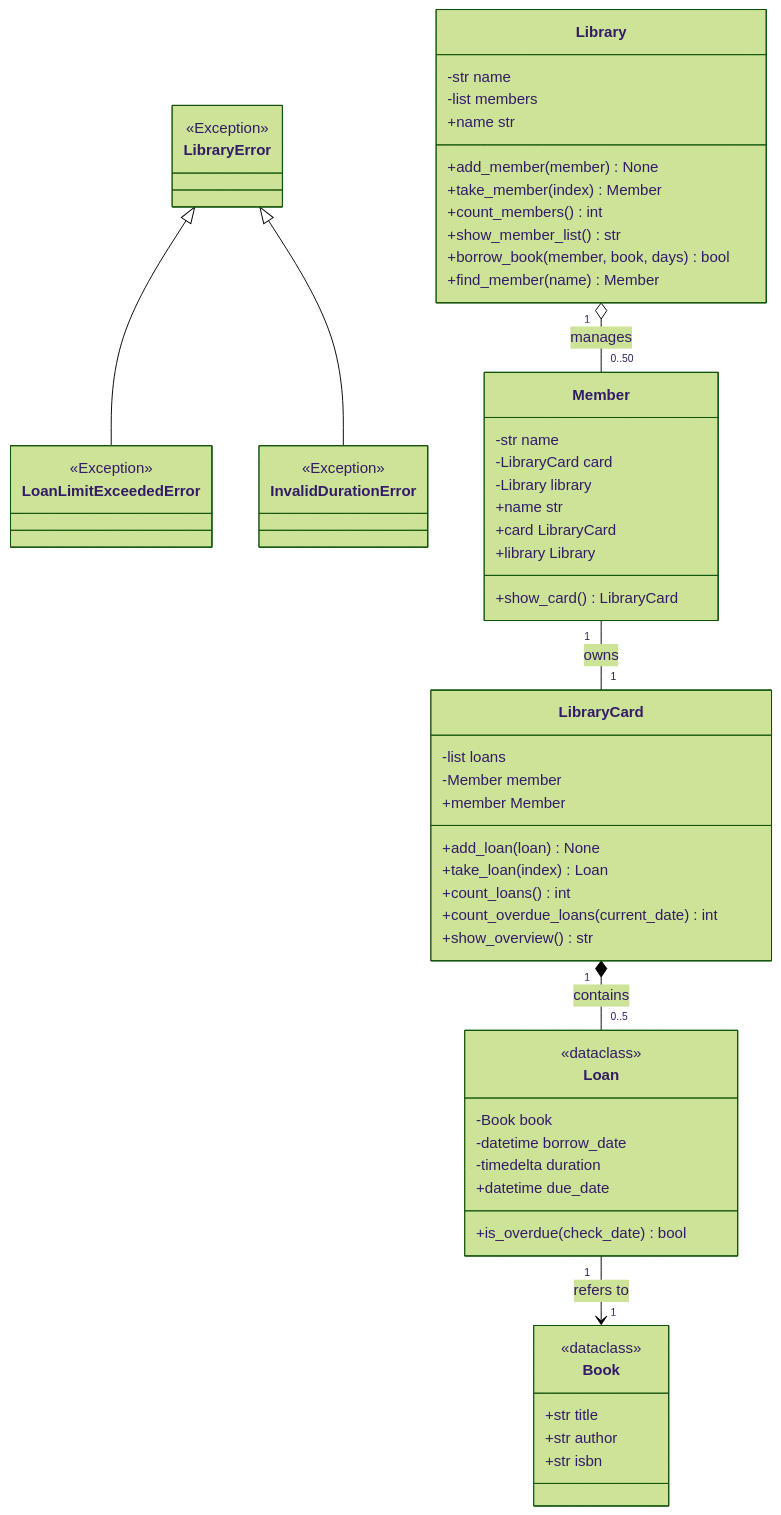
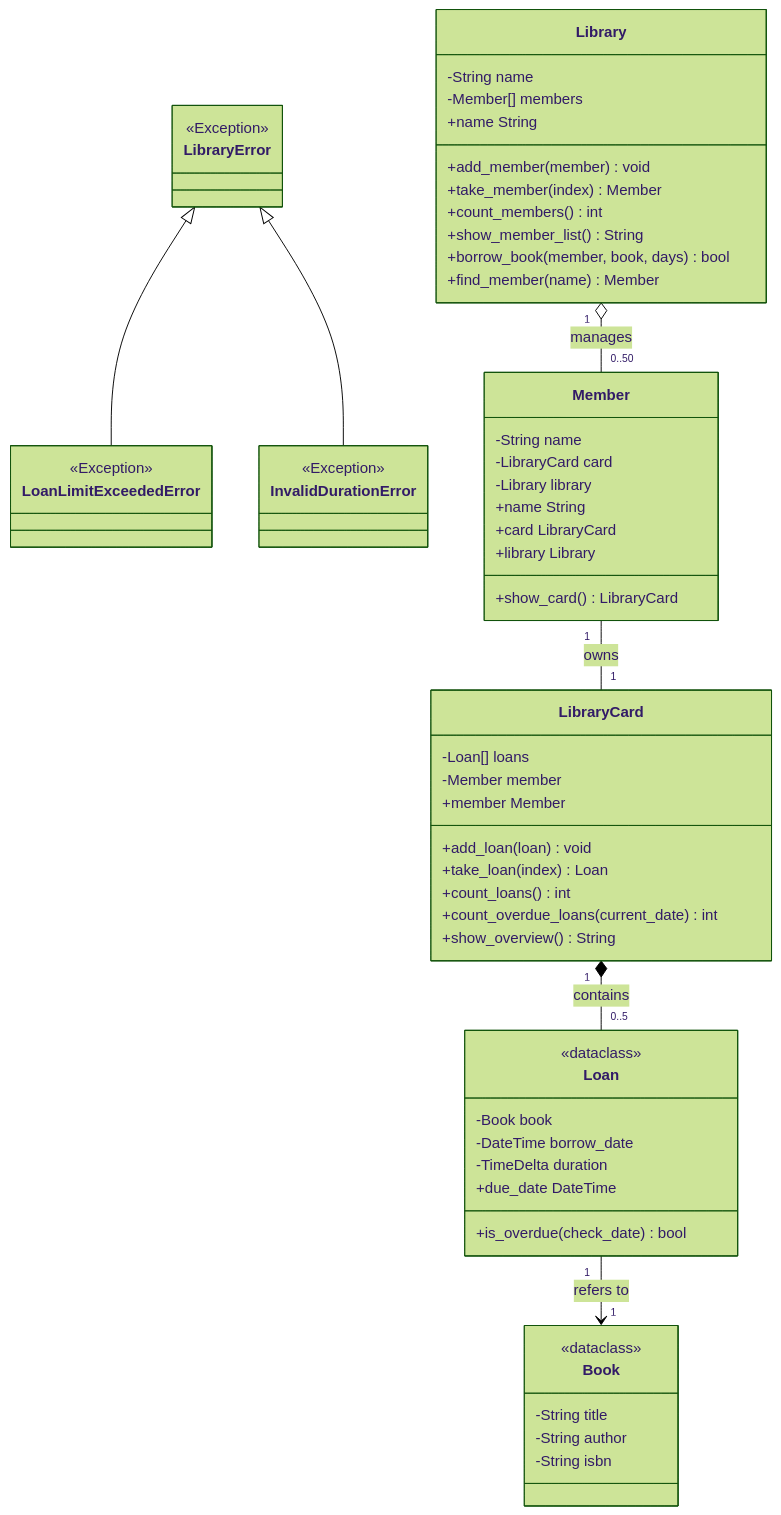
The diagram in AUFGABENSTELLUNG.md (Jepedaia/m320-lb1-library), drawn with Mermaid (forest theme) before and after one commit. The commit also changed other lines of this file and 2 other files, not shown here.

````diff
--- a/AUFGABENSTELLUNG.md
+++ b/AUFGABENSTELLUNG.md
@@ -19,69 +21,69 @@
 ```mermaid
 classDiagram
     class LibraryError {
         <<Exception>>
     }
     class LoanLimitExceededError {
         <<Exception>>
     }
     class InvalidDurationError {
         <<Exception>>
     }
     LibraryError <|-- LoanLimitExceededError
     LibraryError <|-- InvalidDurationError
 
     class Book {
         <<dataclass>>
-        +str title
-        +str author
-        +str isbn
+        -String title
+        -String author
+        -String isbn
     }
 
     class Loan {
         <<dataclass>>
         -Book book
-        -datetime borrow_date
-        -timedelta duration
-        +datetime due_date
+        -DateTime borrow_date
+        -TimeDelta duration
+        +due_date DateTime
         +is_overdue(check_date) bool
     }
 
     class LibraryCard {
-        -list loans
+        -Loan[] loans
         -Member member
-        +add_loan(loan) None
+        +add_loan(loan) void
         +take_loan(index) Loan
         +count_loans() int
         +count_overdue_loans(current_date) int
-        +show_overview() str
+        +show_overview() String
         +member Member
     }
 
     class Member {
-        -str name
+        -String name
         -LibraryCard card
         -Library library
-        +name str
+        +show_card() LibraryCard
+        +name String
         +card LibraryCard
         +library Library
-        +show_card() LibraryCard
     }
 
     class Library {
-        -str name
-        -list members
-        +name str
-        +add_member(member) None
+        -String name
+        -Member[] members
+        +add_member(member) void
         +take_member(index) Member
         +count_members() int
-        +show_member_list() str
+        +show_member_list() String
         +borrow_book(member, book, days) bool
         +find_member(name) Member
+        +name String
     }
 
     %% Relationships
     Library "1" o-- "0..50" Member : manages
     Member "1" -- "1" LibraryCard : owns
     LibraryCard "1" *-- "0..5" Loan : contains
     Loan "1" --> "1" Book : refers to
 ```
````
